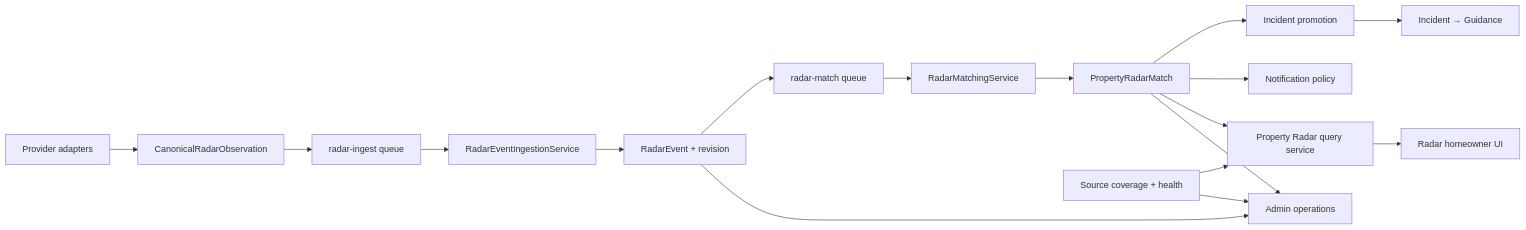
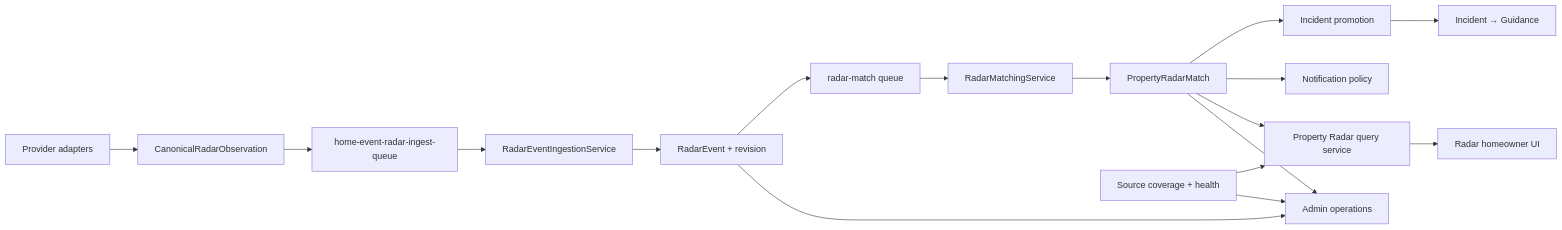
Before and after one commit to madhuboyin/contract-to-cozy1: the first of 2 diagrams in docs/functional/HOME_EVENT_RADAR_IMPLEMENTATION_PLAN.md, drawn with Mermaid. The commit also changed other lines of this file and 25 other files, not shown here.

Commit message:
feat(radar): add durable ingest consumer

````diff
--- a/docs/functional/HOME_EVENT_RADAR_IMPLEMENTATION_PLAN.md
+++ b/docs/functional/HOME_EVENT_RADAR_IMPLEMENTATION_PLAN.md
@@ -222,19 +223,19 @@
 ```mermaid
 flowchart LR
   P["Provider adapters"] --> O["CanonicalRadarObservation"]
-  O --> IQ["radar-ingest queue"]
+  O --> IQ["home-event-radar-ingest-queue"]
   IQ --> IS["RadarEventIngestionService"]
   IS --> E["RadarEvent + revision"]
   E --> MQ["radar-match queue"]
   MQ --> MS["RadarMatchingService"]
   MS --> M["PropertyRadarMatch"]
   M --> IP["Incident promotion"]
   IP --> I["Incident → Guidance"]
   M --> N["Notification policy"]
   M --> Q["Property Radar query service"]
   C["Source coverage + health"] --> Q
   Q --> UI["Radar homeowner UI"]
   C --> OPS["Admin operations"]
   E --> OPS
   M --> OPS
 ```
````
